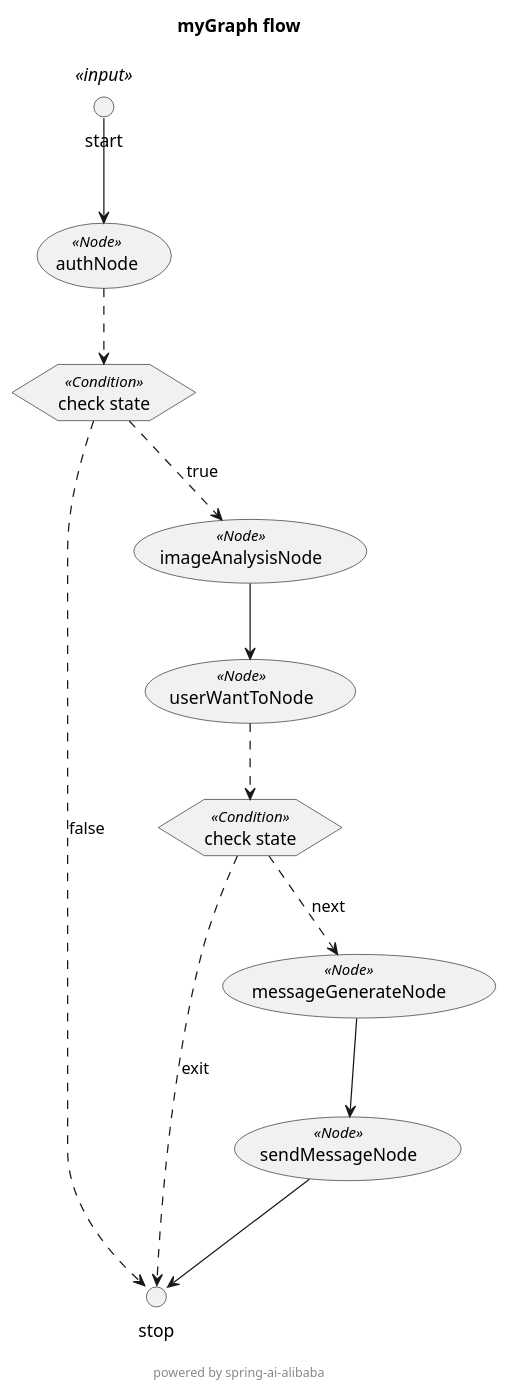
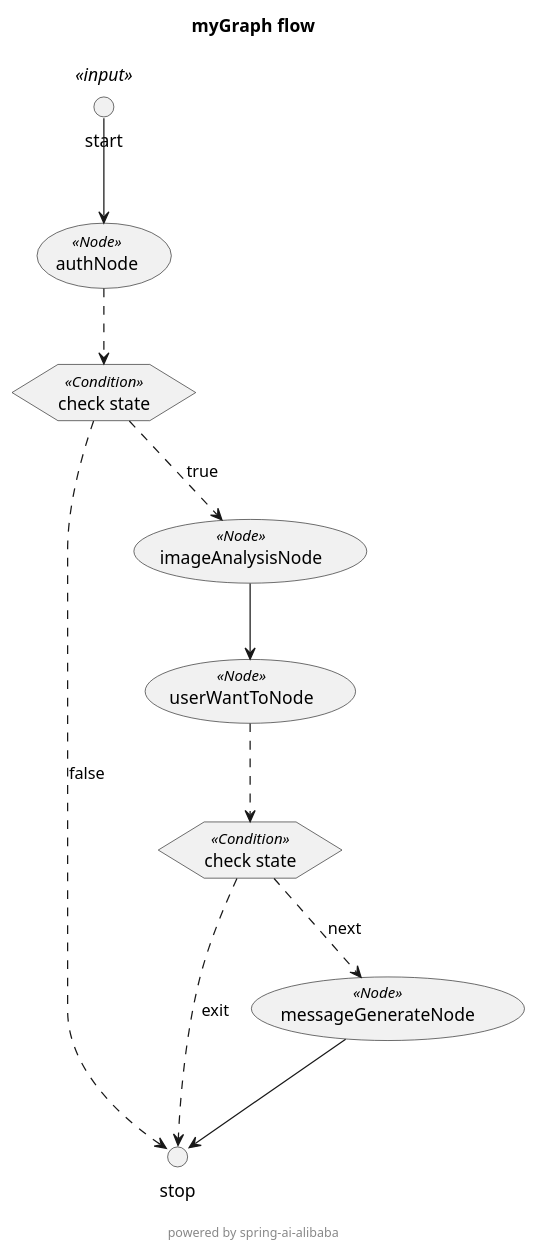
One commit to Huhanzhao/ehuman changed the diagram in ai-bot-service/src/main/resources/puml/MainGraph.puml. Above: the diagram before and after it, drawn with PlantUML. The commit also changed 7 other files, not shown here.

```diff
--- a/ai-bot-service/src/main/resources/puml/MainGraph.puml
+++ b/ai-bot-service/src/main/resources/puml/MainGraph.puml
@@ -1,34 +1,32 @@
 @startuml myGraph_flow
 skinparam usecaseFontSize 14
 skinparam usecaseStereotypeFontSize 12
 skinparam hexagonFontSize 14
 skinparam hexagonStereotypeFontSize 12
 title "myGraph flow"
 footer
 
 powered by spring-ai-alibaba
 end footer
 circle start<<input>> as __START__
 circle stop as __END__
 usecase "authNode"<<Node>>
 usecase "imageAnalysisNode"<<Node>>
 usecase "userWantToNode"<<Node>>
 usecase "messageGenerateNode"<<Node>>
-usecase "sendMessageNode"<<Node>>
 hexagon "check state" as condition1<<Condition>>
 hexagon "check state" as condition2<<Condition>>
 "__START__" -down-> "authNode"
 "authNode" .down.> "condition1"
 "condition1" .down.> "__END__": "false"
 '"authNode" .down.> "__END__": "false"
 "condition1" .down.> "imageAnalysisNode": "true"
 '"authNode" .down.> "imageAnalysisNode": "true"
 "imageAnalysisNode" -down-> "userWantToNode"
 "userWantToNode" .down.> "condition2"
 "condition2" .down.> "messageGenerateNode": "next"
 '"userWantToNode" .down.> "messageGenerateNode": "next"
 "condition2" .down.> "__END__": "exit"
 '"userWantToNode" .down.> "__END__": "exit"
-"messageGenerateNode" -down-> "sendMessageNode"
-"sendMessageNode" -down-> "__END__"
+"messageGenerateNode" -down-> "__END__"
 @enduml
```
